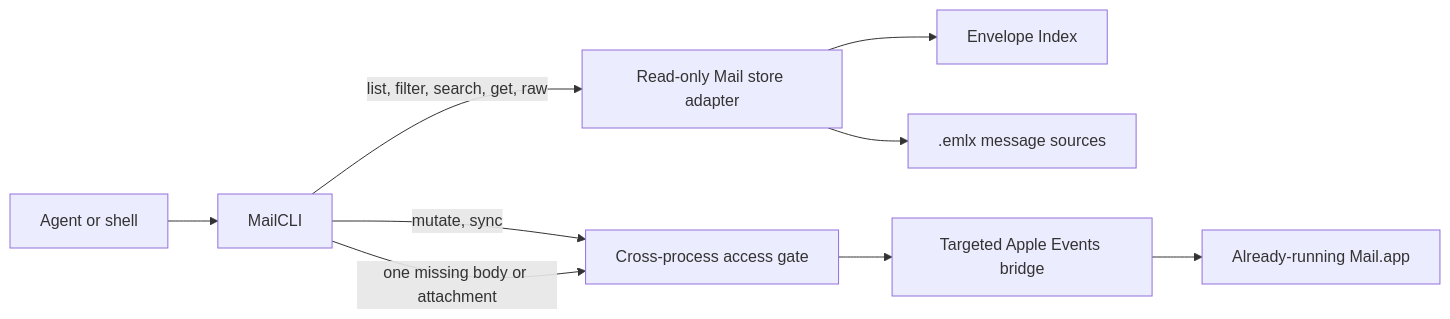
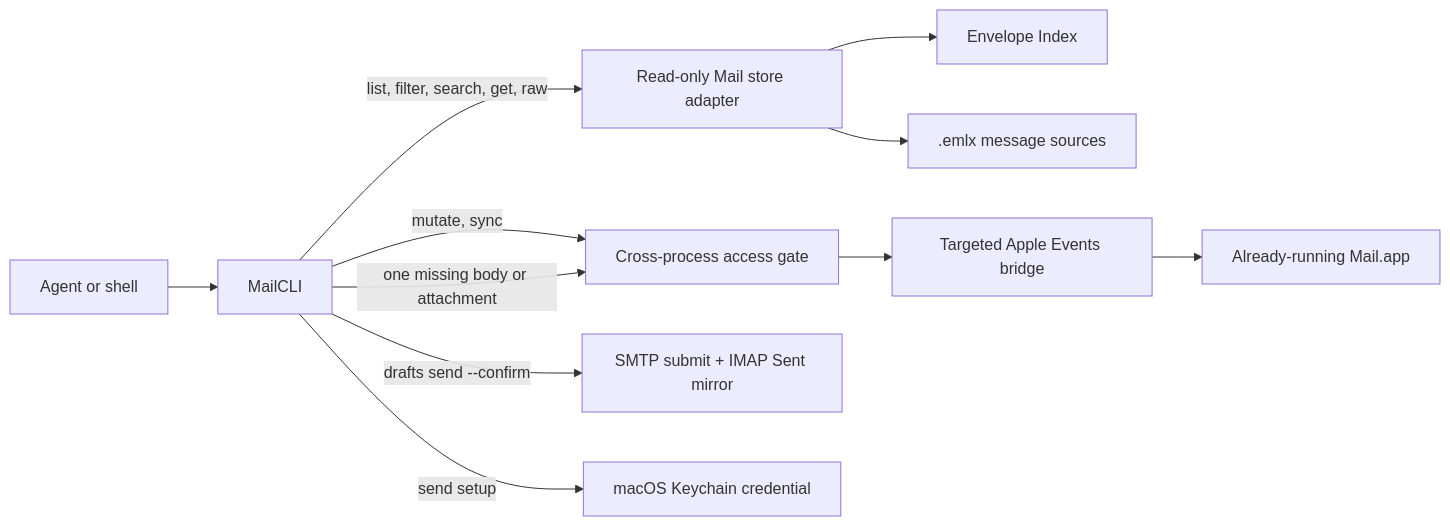
One commit to Christopher-Schulze/MailCLI changed the diagram in README.md. Above: the diagram before and after it, drawn with Mermaid. The commit also changed other lines of this file and 50 other files, not shown here.

Commit message:
TASK 022: Replace native compose send with verified SMTP transport

````diff
--- a/README.md
+++ b/README.md
@@ -56,11 +55,13 @@
 ```mermaid
 flowchart LR
     Agent["Agent or shell"] --> CLI["MailCLI"]
     CLI -->|"list, filter, search, get, raw"| Store["Read-only Mail store adapter"]
     Store --> Index["Envelope Index"]
     Store --> EMLX[".emlx message sources"]
     CLI -->|"mutate, sync"| Gate["Cross-process access gate"]
     CLI -->|"one missing body or attachment"| Gate
     Gate --> Bridge["Targeted Apple Events bridge"]
     Bridge --> Mail["Already-running Mail.app"]
+    CLI -->|"drafts send --confirm"| Transport["SMTP submit + IMAP Sent mirror"]
+    CLI -->|"send setup"| Keychain["macOS Keychain credential"]
 ```
````
